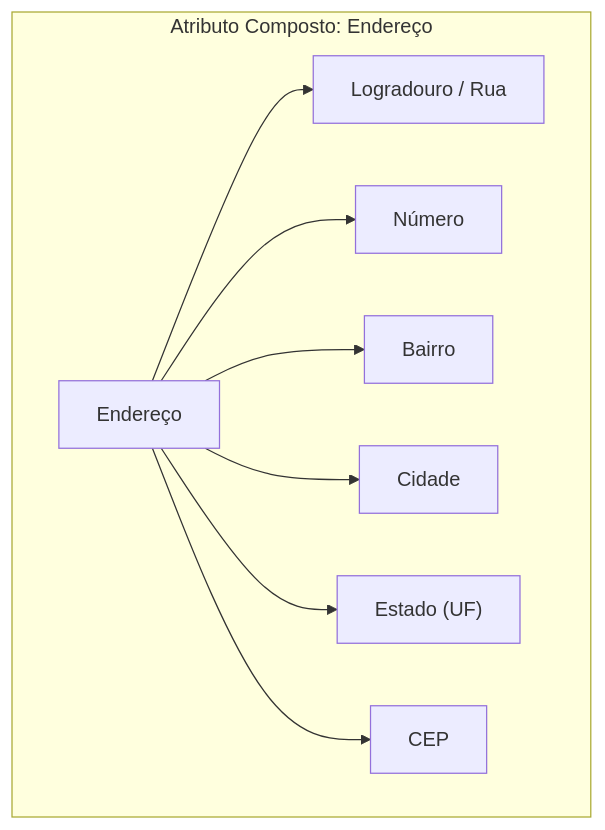
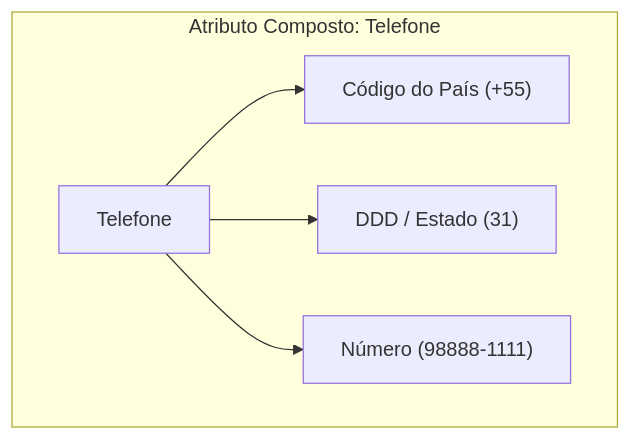
The fifth of 7 diagrams in 02. Modelagem de Dados/05. Modelagem de entidades e tipos de atributos.md (leorruas/puc), drawn with Mermaid before and after one commit. The commit also changed other lines of this file and 1 other file, not shown here.

````diff
--- a/02. Modelagem de Dados/05. Modelagem de entidades e tipos de atributos.md
+++ b/02. Modelagem de Dados/05. Modelagem de entidades e tipos de atributos.md
@@ -152,19 +147,13 @@
 ```mermaid
 flowchart TD
-    subgraph SubgraphEnderecoComposto["Atributo Composto: Endereço"]
-        End["Endereço"]
-        Rua["Logradouro / Rua"]
-        Num["Número"]
-        Bairro["Bairro"]
-        Cidade["Cidade"]
-        UF["Estado (UF)"]
-        CEP["CEP"]
+    subgraph SubgraphTelefoneComposto["Atributo Composto: Telefone"]
+        TelComp["Telefone"]
+        Pais["Código do País (+55)"]
+        DDD["DDD / Estado (31)"]
+        NumTel["Número (98888-1111)"]
 
-        End --> Rua
-        End --> Num
-        End --> Bairro
-        End --> Cidade
-        End --> UF
-        End --> CEP
+        TelComp --> Pais
+        TelComp --> DDD
+        TelComp --> NumTel
     end
 ```
````
